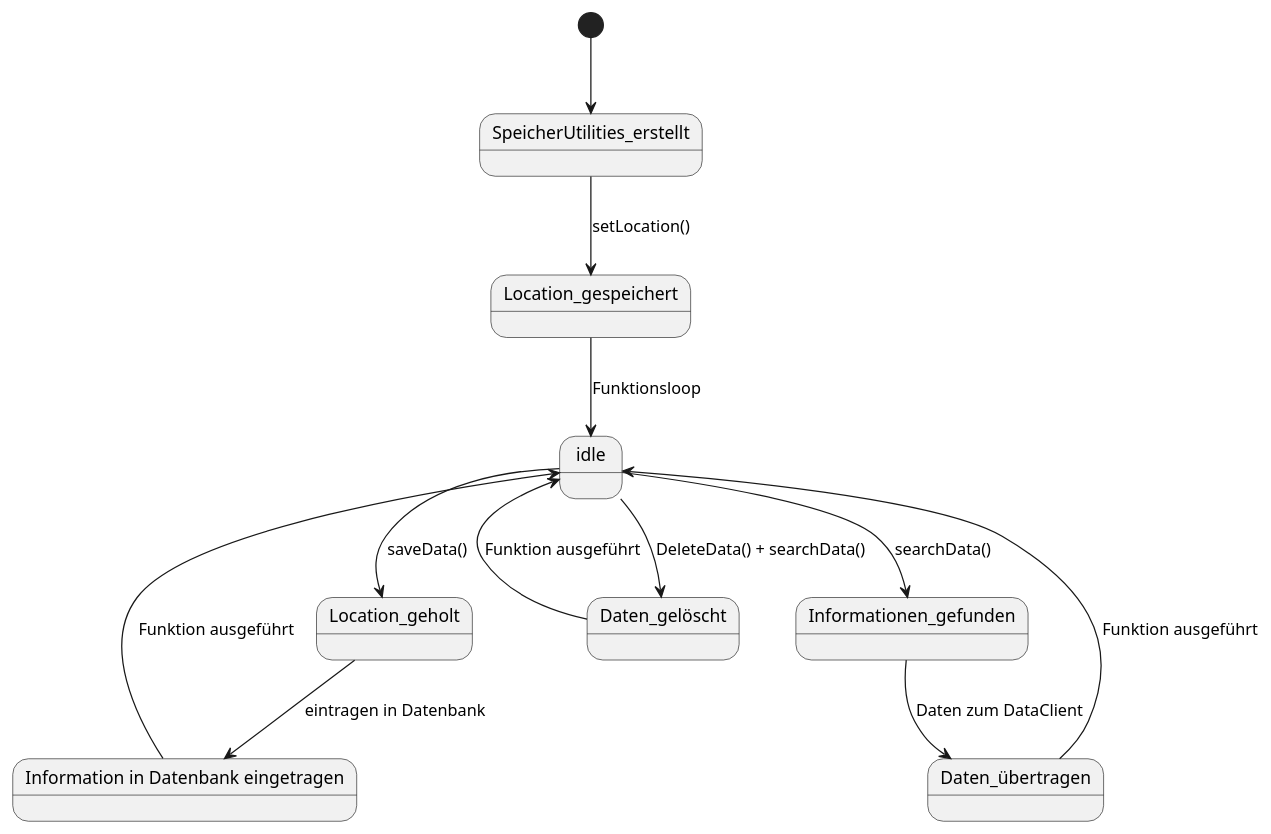
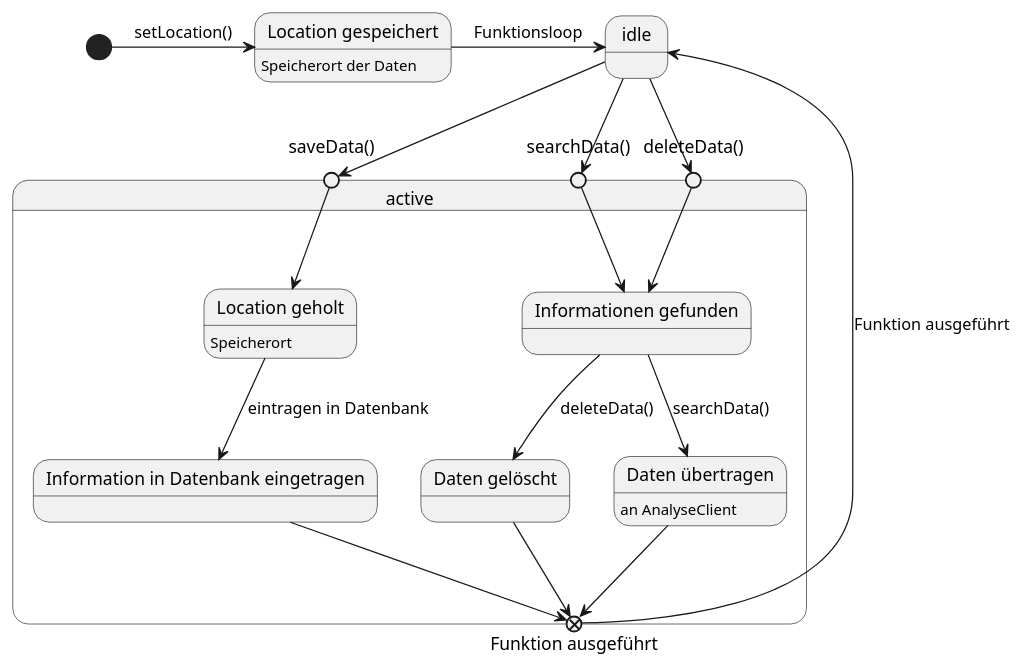
The diagram in meilenstein_04/zustand-speichermedium/zustand-speichermedium.puml (weichware10/meilensteine), drawn with PlantUML before and after one commit.

Commit message:
Überarbeitung Übersichtlichkeit

```diff
--- a/meilenstein_04/zustand-speichermedium/zustand-speichermedium.puml
+++ b/meilenstein_04/zustand-speichermedium/zustand-speichermedium.puml
@@ -1,45 +1,33 @@
-@startuml Speichermedium
+@startuml speichermedium
 
-[*] --> SpeicherUtilities_erstellt
-SpeicherUtilities_erstellt --> Location_gespeichert : setLocation()
-Location_gespeichert --> idle : Funktionsloop
-idle --> Location_geholt : saveData()
-idle --> Informationen_gefunden : searchData()
-Location_geholt --> long2 : eintragen in Datenbank
-Informationen_gefunden --> Daten_übertragen : Daten zum DataClient
-long2 --> idle : Funktion ausgeführt
-Daten_gelöscht --> idle : Funktion ausgeführt
-Daten_übertragen --> idle : Funktion ausgeführt
-idle --> Daten_gelöscht : DeleteData() + searchData()
-
-
-state SpeicherUtilities_erstellt {
-
+state "Location gespeichert" as lgs : Speicherort der Daten
+state "idle" as i
+state active {
+    state "Location geholt" as lgh : Speicherort
+    state "Informationen gefunden" as ig
+    state "Information in Datenbank eingetragen" as ide
+    state "Daten gelöscht" as dg
+    state "Daten übertragen" as du : an AnalyseClient
+    state "Funktion ausgeführt"  as fa <<exitPoint>>
+    state "saveData()"  as sad <<entryPoint>>
+    state "searchData()"  as sed <<entryPoint>>
+    state "deleteData()"  as ded <<entryPoint>>
 }
 
-state Location_gespeichert {
-
-}
-
-state idle{
-
-}
-
-state Location_geholt{
-
-}
-
-state Informationen_gefunden{
-
-}
-state "Information in Datenbank eingetragen" as long2{
-
-}
-state Daten_gelöscht {
-
-}
-state Daten_übertragen {
-
-}
+[*] -r-> lgs : setLocation()
+lgs -r-> i : Funktionsloop
+i --> sed
+i --> ded
+sed --> ig
+ded --> ig
+ig --> dg : deleteData()
+ig --> du : searchData()
+du --> fa
+dg --> fa
+i --> sad
+sad --> lgh
+lgh --> ide : eintragen in Datenbank
+ide --> fa
+fa --> i : Funktion ausgeführt
 
 @enduml
```
